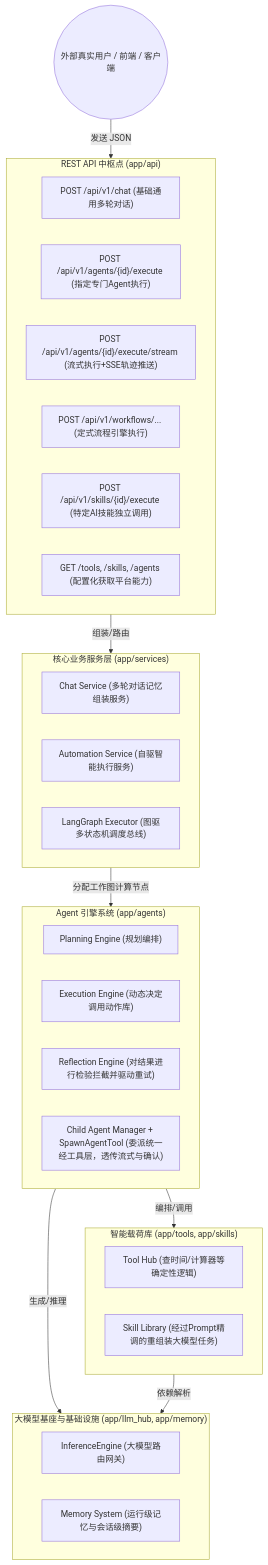
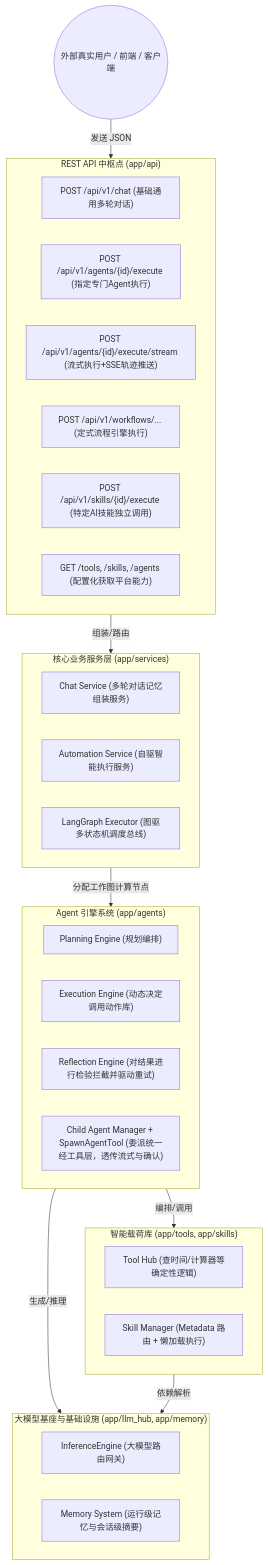
One commit to HokageYeah/ai-agent changed the first of 4 diagrams in README.md. Above: the diagram before and after it, drawn with Mermaid. The commit also changed other lines of this file and 39 other files, not shown here.

````diff
--- a/README.md
+++ b/README.md
@@ -73,50 +74,50 @@
 ```mermaid
 graph TD
     %% 用户层
     User((外部真实用户 / 前端 / 客户端))
     
     %% API 接口层
     subgraph APILayer ["REST API 中枢点 (app/api)"]
         API_Chat["POST /api/v1/chat (基础通用多轮对话)"]
         API_Agent["POST /api/v1/agents/{id}/execute (指定专门Agent执行)"]
         API_AgentStream["POST /api/v1/agents/{id}/execute/stream (流式执行+SSE轨迹推送)"]
         API_Workflow["POST /api/v1/workflows/... (定式流程引擎执行)"]
         API_Skill["POST /api/v1/skills/{id}/execute (特定AI技能独立调用)"]
         API_Config["GET /tools, /skills, /agents (配置化获取平台能力)"]
     end
     
     %% 服务层
     subgraph ServiceLayer ["核心业务服务层 (app/services)"]
         ChatService["Chat Service (多轮对话记忆组装服务)"]
         AutomationService["Automation Service (自驱智能执行服务)"]
         LangGraph["LangGraph Executor (图驱多状态机调度总线)"]
     end
     
     %% Agent 引擎层
     subgraph AgentEngine ["Agent 引擎系统 (app/agents)"]
         Planning["Planning Engine (规划编排)"]
         Execution["Execution Engine (动态决定调用动作库)"]
         Reflection["Reflection Engine (对结果进行检验拦截并驱动重试)"]
         ChildMgr["Child Agent Manager + SpawnAgentTool (委派统一经工具层，透传流式与确认)"]
     end
     
     %% 技能库与工具库
     subgraph CapabilityLayer ["智能载荷库 (app/tools, app/skills)"]
         ToolHub["Tool Hub (查时间/计算器等确定性逻辑)"]
-        SkillManager["Skill Library (经过Prompt精调的重组装大模型任务)"]
+        SkillManager["Skill Manager (Metadata 路由 + 懒加载执行)"]
     end
     
     %% 核心基础设施
     subgraph InfraLayer ["大模型基座与基础设施 (app/llm_hub, app/memory)"]
         LLMHub["InferenceEngine (大模型路由网关)"]
         Memory["Memory System (运行级记忆与会话级摘要)"]
     end
     
     %% 数据流向
     User -->|发送 JSON| APILayer
     APILayer -->|组装/路由| ServiceLayer
     ServiceLayer -->|分配工作图计算节点| AgentEngine
     AgentEngine -->|编排/调用| CapabilityLayer
     AgentEngine -->|生成/推理| InfraLayer
     CapabilityLayer -->|依赖解析| InfraLayer
 ```
````
